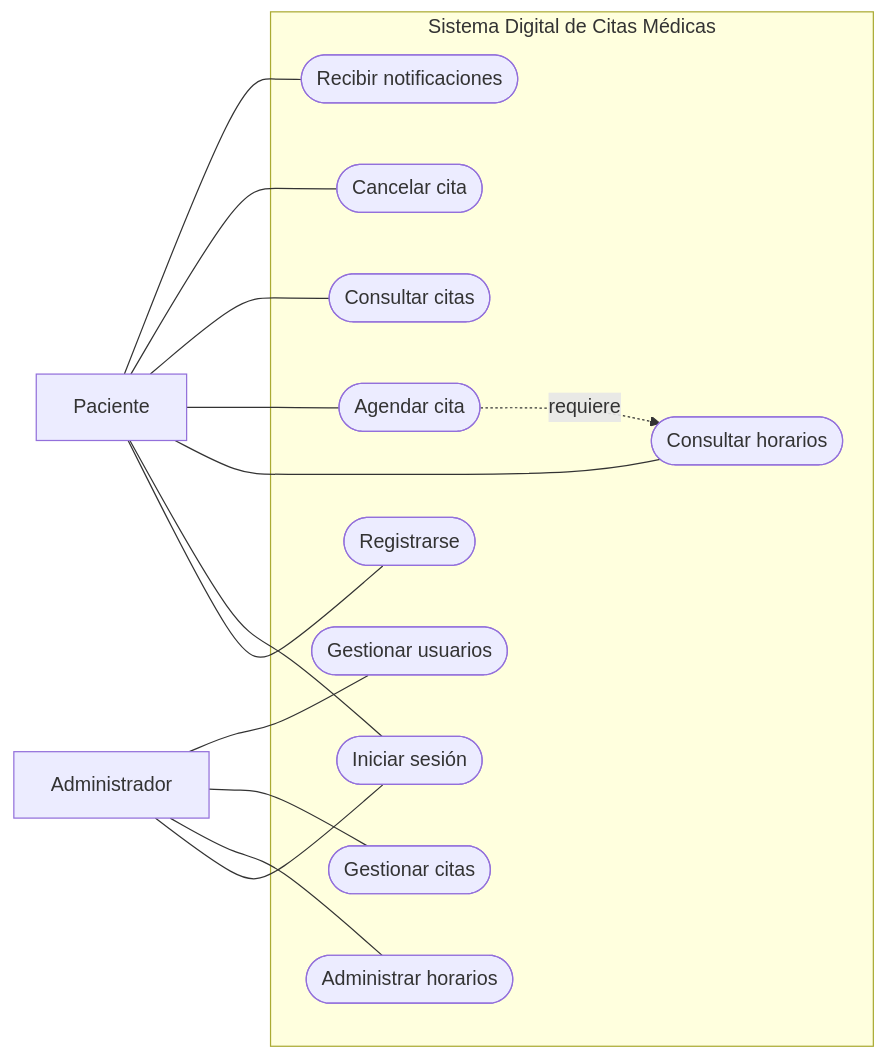
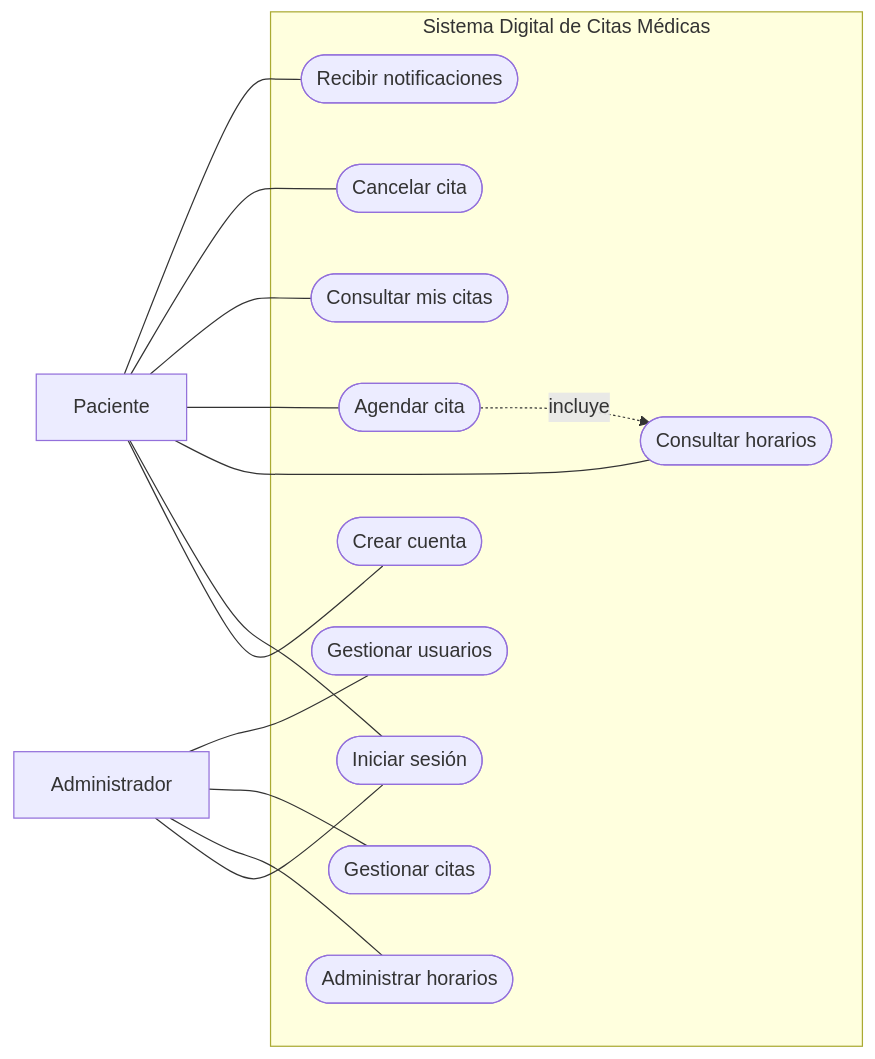
Before and after one commit to AlanRGG/sistema-citas-medicas: the first of 5 diagrams in docs/uml/DIAGRAMAS.md, drawn with Mermaid. The commit also changed other lines of this file, not shown here.

Commit message:
docs: traducir página de diagramas al español

````diff
--- a/docs/uml/DIAGRAMAS.md
+++ b/docs/uml/DIAGRAMAS.md
@@ -7,29 +9,29 @@
 ```mermaid
 flowchart LR
     P[Paciente]
     A[Administrador]
     subgraph S["Sistema Digital de Citas Médicas"]
-        UC1([Registrarse])
+        UC1([Crear cuenta])
         UC2([Iniciar sesión])
         UC3([Consultar horarios])
         UC4([Agendar cita])
-        UC5([Consultar citas])
+        UC5([Consultar mis citas])
         UC6([Cancelar cita])
         UC7([Recibir notificaciones])
         UC8([Administrar horarios])
         UC9([Gestionar citas])
         UC10([Gestionar usuarios])
     end
     P --- UC1
     P --- UC2
     P --- UC3
     P --- UC4
     P --- UC5
     P --- UC6
     P --- UC7
     A --- UC2
     A --- UC8
     A --- UC9
     A --- UC10
-    UC4 -. requiere .-> UC3
+    UC4 -. incluye .-> UC3
 ```
````
